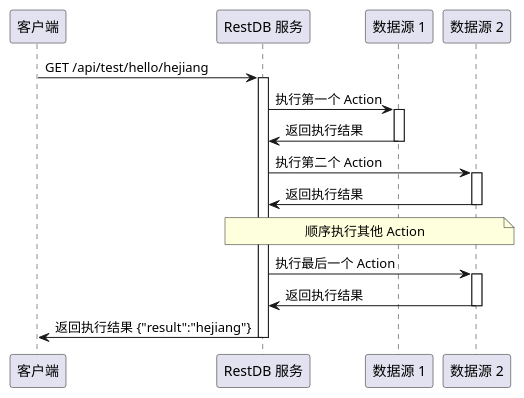
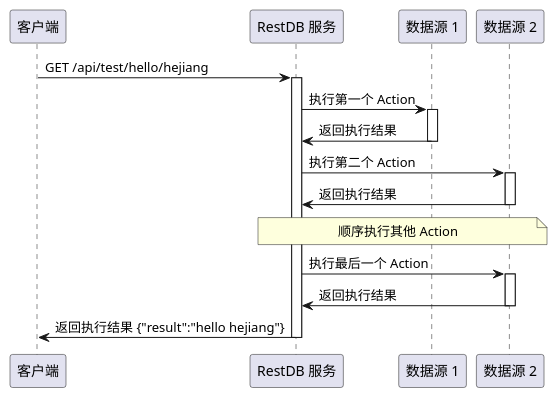
Before and after one commit to yangyx1988love/nk-docs: the diagram in content/cn/docs/restdb/_index.md, drawn with PlantUML. The commit also changed other lines of this file, not shown here.

```diff
--- a/content/cn/docs/restdb/_index.md
+++ b/content/cn/docs/restdb/_index.md
@@ -15,31 +18,31 @@
 @startuml
     participant "客户端" as client
     participant "RestDB 服务" as restdb
     participant "数据源 1" as ds1
     participant "数据源 2" as ds2
 
     client -> restdb: GET /api/test/hello/hejiang
     activate restdb
 
     restdb -> ds1:    执行第一个 Action
     activate ds1
     restdb <- ds1:    返回执行结果
     deactivate ds1
     
     restdb -> ds2:    执行第二个 Action
     activate ds2
     restdb <- ds2:    返回执行结果
     deactivate ds2
 
     note over restdb, ds2 
       顺序执行其他 Action
     end note
 
     restdb -> ds2:    执行最后一个 Action
     activate ds2
     restdb <- ds2:    返回执行结果
     deactivate ds2
     
-    client <- restdb: 返回执行结果 {"result":"hejiang"}
+    client <- restdb: 返回执行结果 {"result":"hello hejiang"}
     deactivate restdb
 @enduml
```
